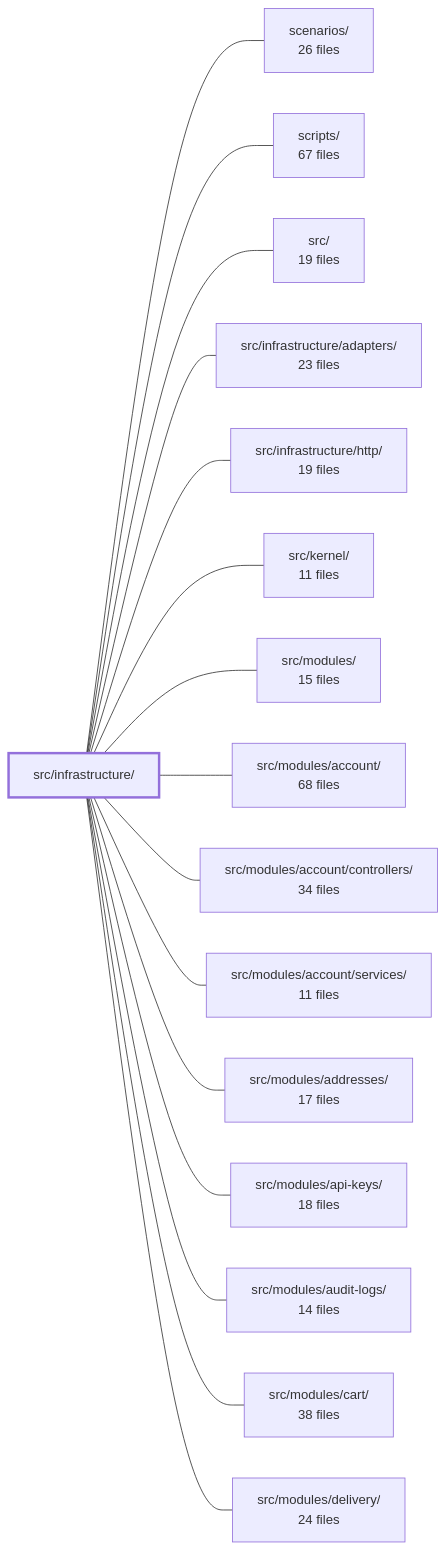
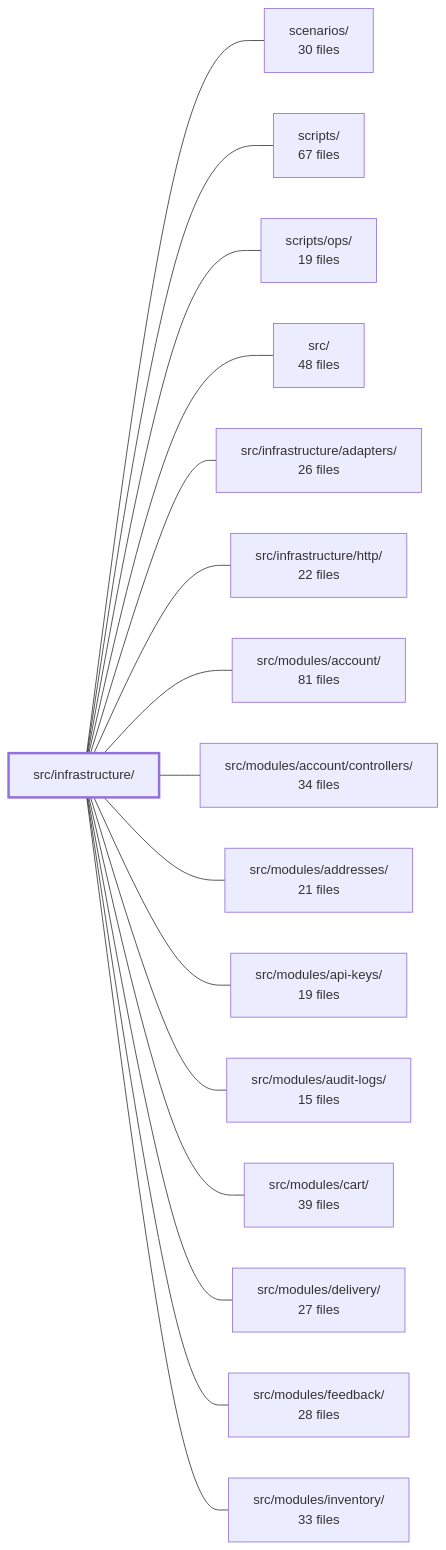
The diagram in .2brain/modules/boilerplate-node-backend_src_infrastructure.md (Guebbit/boilerplate-node-backend), drawn with Mermaid before and after one commit. The commit also changed other lines of this file and 187 other files, not shown here.

````diff
--- a/.2brain/modules/boilerplate-node-backend_src_infrastructure.md
+++ b/.2brain/modules/boilerplate-node-backend_src_infrastructure.md
@@ -53,35 +41,35 @@
 ```mermaid
 flowchart LR
     m_src_infrastructure["src/infrastructure/"]
-    m_scenarios["scenarios/<br/>26 files"]
+    m_scenarios["scenarios/<br/>30 files"]
     m_scripts["scripts/<br/>67 files"]
-    m_src["src/<br/>19 files"]
-    m_src_infrastructure_adapters["src/infrastructure/adapters/<br/>23 files"]
-    m_src_infrastructure_http["src/infrastructure/http/<br/>19 files"]
-    m_src_kernel["src/kernel/<br/>11 files"]
-    m_src_modules["src/modules/<br/>15 files"]
-    m_src_modules_account["src/modules/account/<br/>68 files"]
+    m_scripts_ops["scripts/ops/<br/>19 files"]
+    m_src["src/<br/>48 files"]
+    m_src_infrastructure_adapters["src/infrastructure/adapters/<br/>26 files"]
+    m_src_infrastructure_http["src/infrastructure/http/<br/>22 files"]
+    m_src_modules_account["src/modules/account/<br/>81 files"]
     m_src_modules_account_controllers["src/modules/account/controllers/<br/>34 files"]
-    m_src_modules_account_services["src/modules/account/services/<br/>11 files"]
-    m_src_modules_addresses["src/modules/addresses/<br/>17 files"]
-    m_src_modules_api_keys["src/modules/api-keys/<br/>18 files"]
-    m_src_modules_audit_logs["src/modules/audit-logs/<br/>14 files"]
-    m_src_modules_cart["src/modules/cart/<br/>38 files"]
-    m_src_modules_delivery["src/modules/delivery/<br/>24 files"]
+    m_src_modules_addresses["src/modules/addresses/<br/>21 files"]
+    m_src_modules_api_keys["src/modules/api-keys/<br/>19 files"]
+    m_src_modules_audit_logs["src/modules/audit-logs/<br/>15 files"]
+    m_src_modules_cart["src/modules/cart/<br/>39 files"]
+    m_src_modules_delivery["src/modules/delivery/<br/>27 files"]
+    m_src_modules_feedback["src/modules/feedback/<br/>28 files"]
+    m_src_modules_inventory["src/modules/inventory/<br/>33 files"]
     m_src_infrastructure --- m_scenarios
     m_src_infrastructure --- m_scripts
+    m_src_infrastructure --- m_scripts_ops
     m_src_infrastructure --- m_src
     m_src_infrastructure --- m_src_infrastructure_adapters
     m_src_infrastructure --- m_src_infrastructure_http
-    m_src_infrastructure --- m_src_kernel
-    m_src_infrastructure --- m_src_modules
     m_src_infrastructure --- m_src_modules_account
     m_src_infrastructure --- m_src_modules_account_controllers
-    m_src_infrastructure --- m_src_modules_account_services
     m_src_infrastructure --- m_src_modules_addresses
     m_src_infrastructure --- m_src_modules_api_keys
     m_src_infrastructure --- m_src_modules_audit_logs
     m_src_infrastructure --- m_src_modules_cart
     m_src_infrastructure --- m_src_modules_delivery
+    m_src_infrastructure --- m_src_modules_feedback
+    m_src_infrastructure --- m_src_modules_inventory
     style m_src_infrastructure stroke-width:3px
 ```
````
